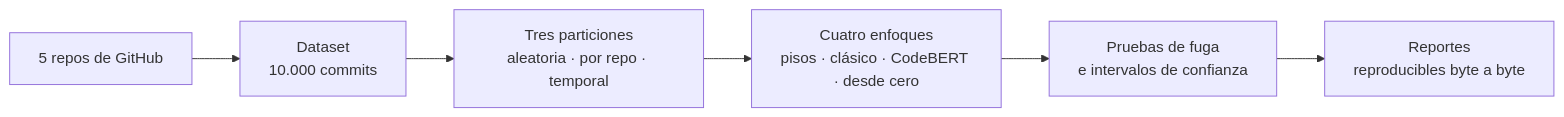
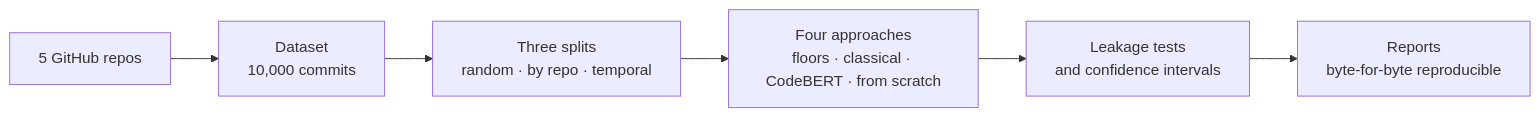
Before and after one commit to jsav2003/commit-type-classifier: the diagram in README.md, drawn with Mermaid. The commit also changed other lines of this file and 1 other file, not shown here.

````diff
--- a/README.md
+++ b/README.md
@@ -10,8 +12,8 @@
 ```mermaid
 flowchart LR
-  A[5 repos de GitHub] --> B[Dataset<br/>10.000 commits]
-  B --> C[Tres particiones<br/>aleatoria · por repo · temporal]
-  C --> D[Cuatro enfoques<br/>pisos · clásico · CodeBERT · desde cero]
-  D --> E[Pruebas de fuga<br/>e intervalos de confianza]
-  E --> F[Reportes<br/>reproducibles byte a byte]
+  A[5 GitHub repos] --> B[Dataset<br/>10,000 commits]
+  B --> C[Three splits<br/>random · by repo · temporal]
+  C --> D[Four approaches<br/>floors · classical · CodeBERT · from scratch]
+  D --> E[Leakage tests<br/>and confidence intervals]
+  E --> F[Reports<br/>byte-for-byte reproducible]
 ```
````
